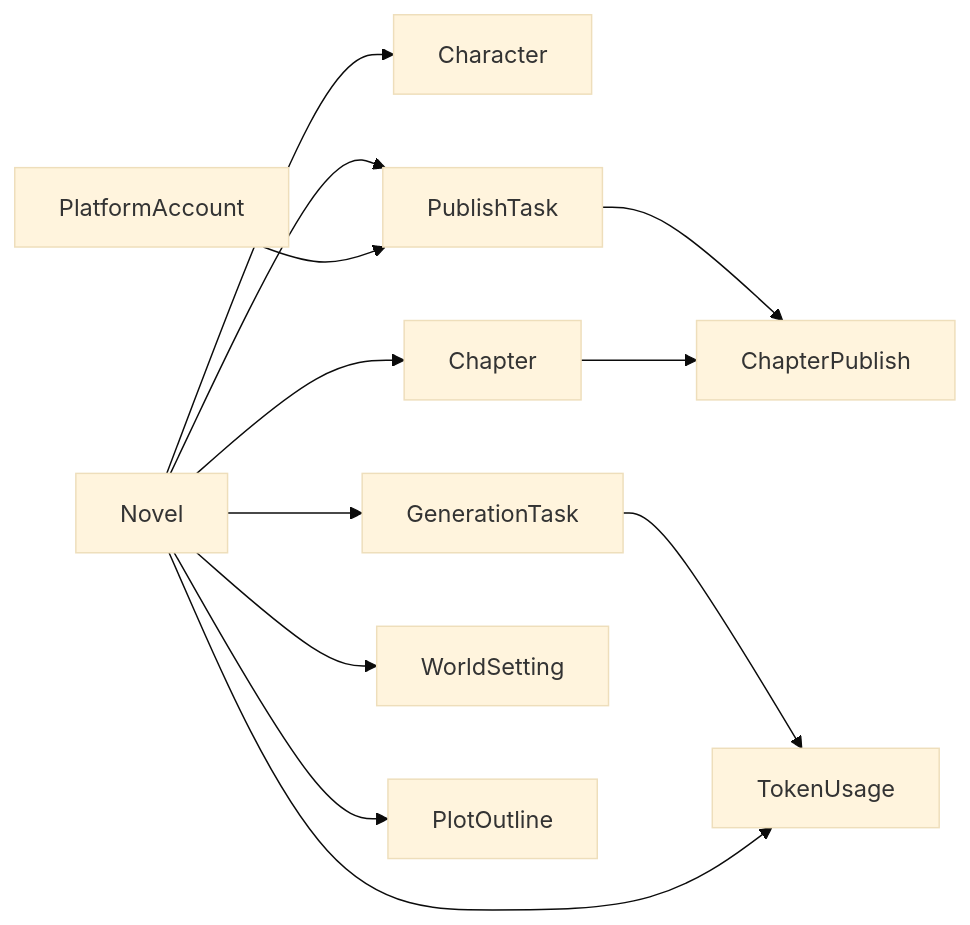
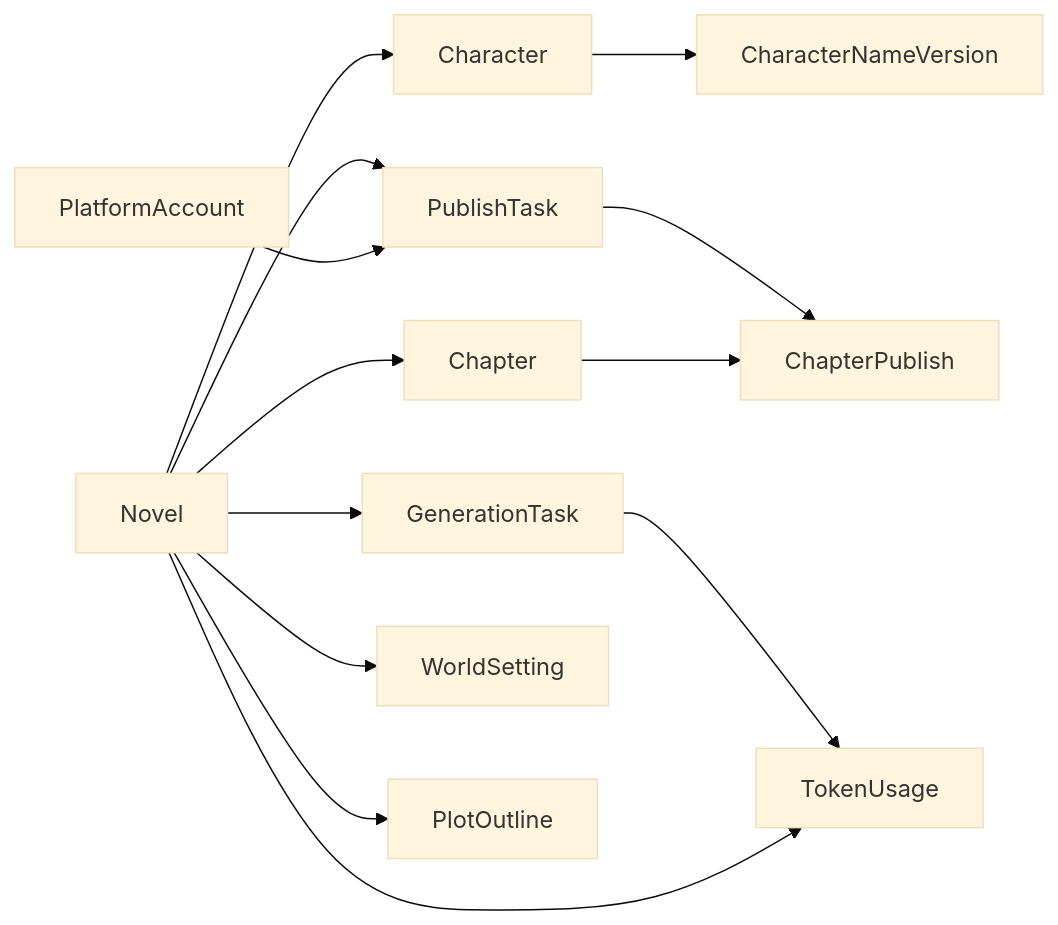
The third of 4 diagrams in .qoder/repowiki/zh/content/数据模型设计/数据模型设计.md (xfbyxq/ai-novel-system), drawn with Mermaid (base theme) before and after one commit. The commit also changed other lines of this file and 11 other files, not shown here.

````diff
--- a/.qoder/repowiki/zh/content/数据模型设计/数据模型设计.md
+++ b/.qoder/repowiki/zh/content/数据模型设计/数据模型设计.md
@@ -438,14 +511,15 @@
 ```mermaid
 graph LR
 NOVEL["Novel"] --> CHAR["Character"]
 NOVEL --> CHAP["Chapter"]
 NOVEL --> GEN["GenerationTask"]
 NOVEL --> PUB["PublishTask"]
 NOVEL --> WS["WorldSetting"]
 NOVEL --> PO["PlotOutline"]
+CHAR --> CNV["CharacterNameVersion"]
 GEN --> TU["TokenUsage"]
 NOVEL --> TU
 PA["PlatformAccount"] --> PUB
 PUB --> CP["ChapterPublish"]
 CHAP --> CP
 ```
````
